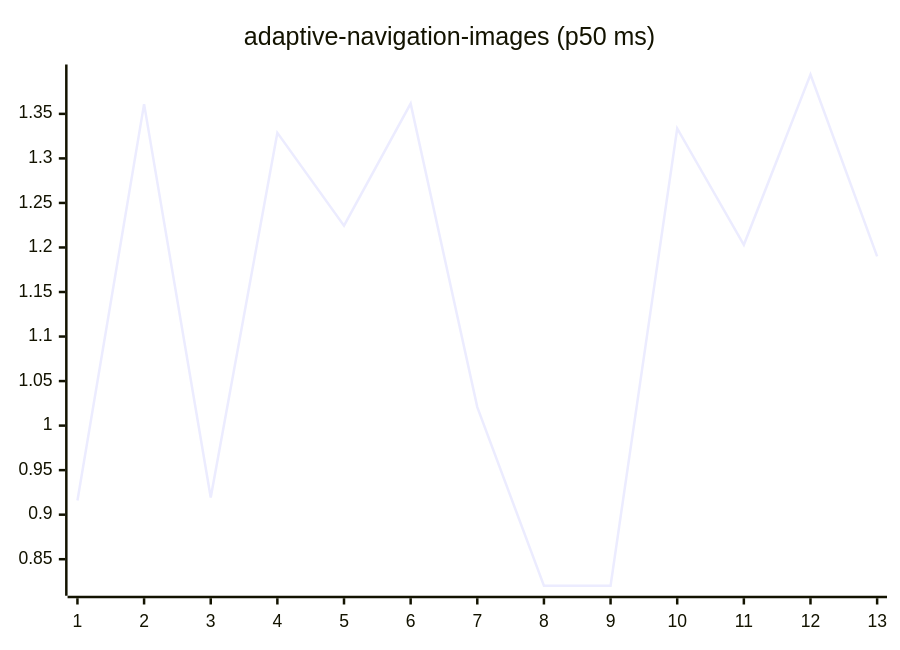
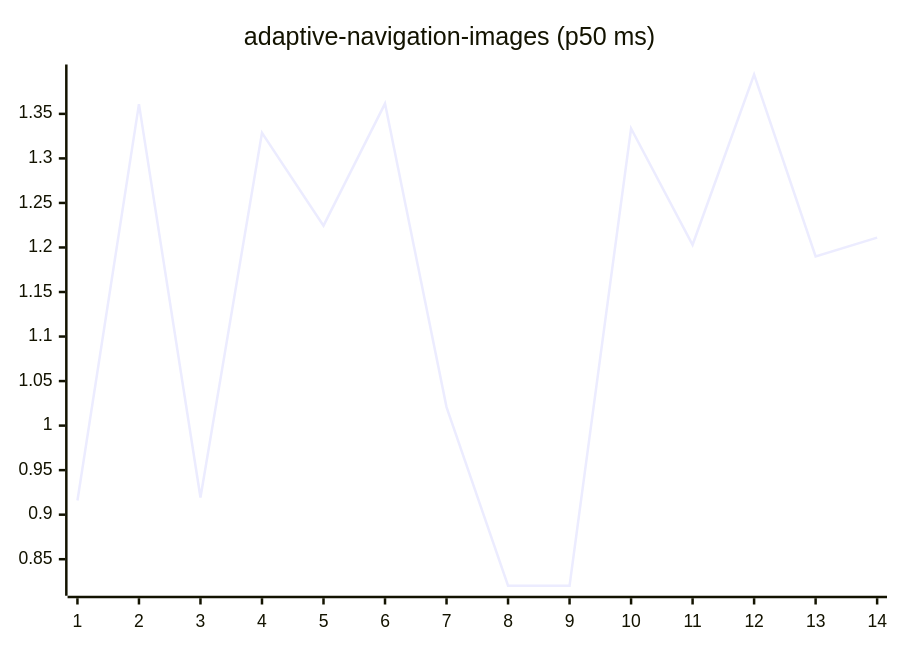
Before and after one commit to josha/Facet: the first of 27 diagrams in README.md, drawn with Mermaid. The commit also changed other lines of this file and 2 other files, not shown here.

````diff
--- a/README.md
+++ b/README.md
@@ -63,6 +63,6 @@
 ```mermaid
 xychart-beta
     title "adaptive-navigation-images (p50 ms)"
-    x-axis 1 --> 13
-    line [0.9159, 1.3609, 0.9193, 1.3288, 1.2245, 1.3615, 1.0208, 0.8202, 0.8203, 1.3336, 1.2030, 1.3942, 1.1900]
+    x-axis 1 --> 14
+    line [0.9159, 1.3609, 0.9193, 1.3288, 1.2245, 1.3615, 1.0208, 0.8202, 0.8203, 1.3336, 1.2030, 1.3942, 1.1900, 1.2110]
 ```
````
